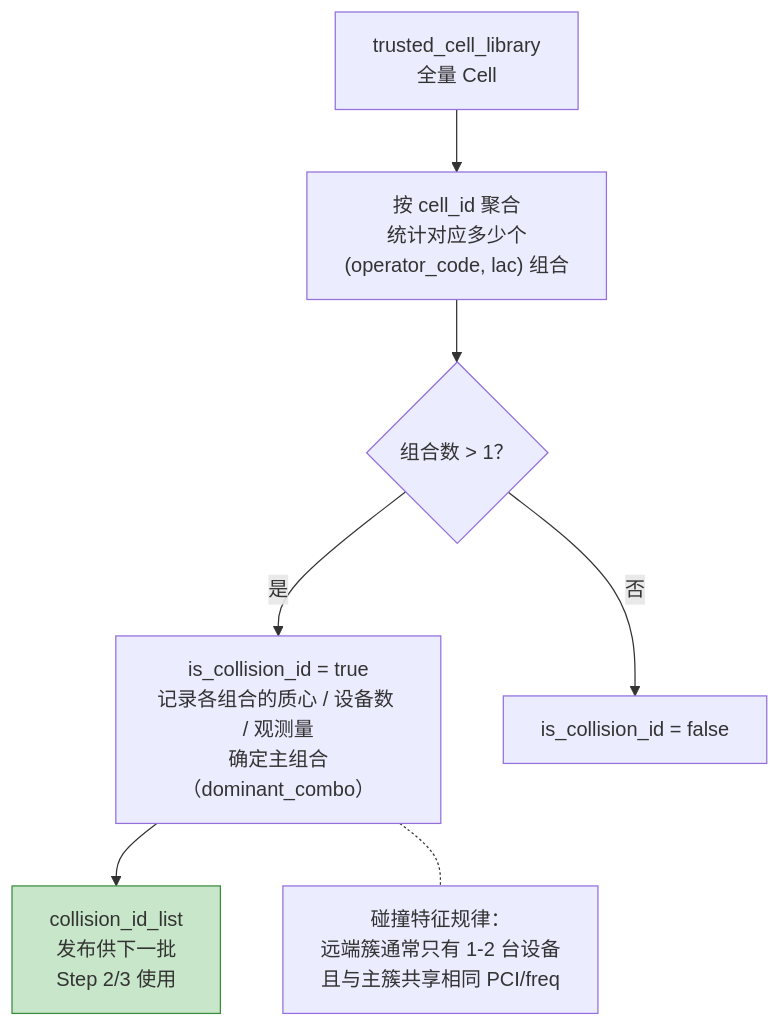
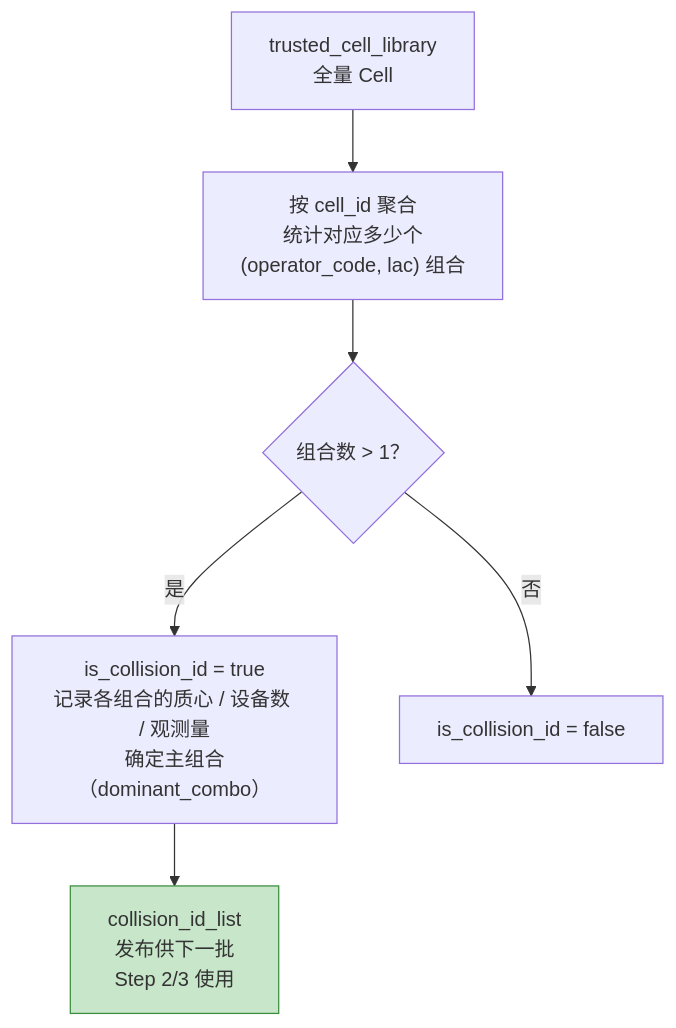
Before and after one commit to laoyang75/OptiNet: the third of 11 diagrams in rebuild5/docs/human_guide/05_Step5_画像维护.md, drawn with Mermaid. The commit also changed other lines of this file and 169 other files, not shown here.

````diff
--- a/rebuild5/docs/human_guide/05_Step5_画像维护.md
+++ b/rebuild5/docs/human_guide/05_Step5_画像维护.md
@@ -62,22 +82,19 @@
 ```mermaid
 flowchart TD
     LIB["trusted_cell_library\n全量 Cell"]
 
     SCAN["按 cell_id 聚合\n统计对应多少个\n(operator_code, lac) 组合"]
 
     JUDGE{"组合数 > 1？"}
 
     MARK_Y["is_collision_id = true\n记录各组合的质心 / 设备数 / 观测量\n确定主组合（dominant_combo）"]
     MARK_N["is_collision_id = false"]
 
     OUT["collision_id_list\n发布供下一批\nStep 2/3 使用"]
 
     LIB --> SCAN --> JUDGE
     JUDGE -->|"是"| MARK_Y --> OUT
     JUDGE -->|"否"| MARK_N
 
-    NOTE["碰撞特征规律：\n远端簇通常只有 1-2 台设备\n且与主簇共享相同 PCI/freq"]
-    MARK_Y -.- NOTE
-
     style OUT fill:#c8e6c9,stroke:#388e3c
 ```
````
